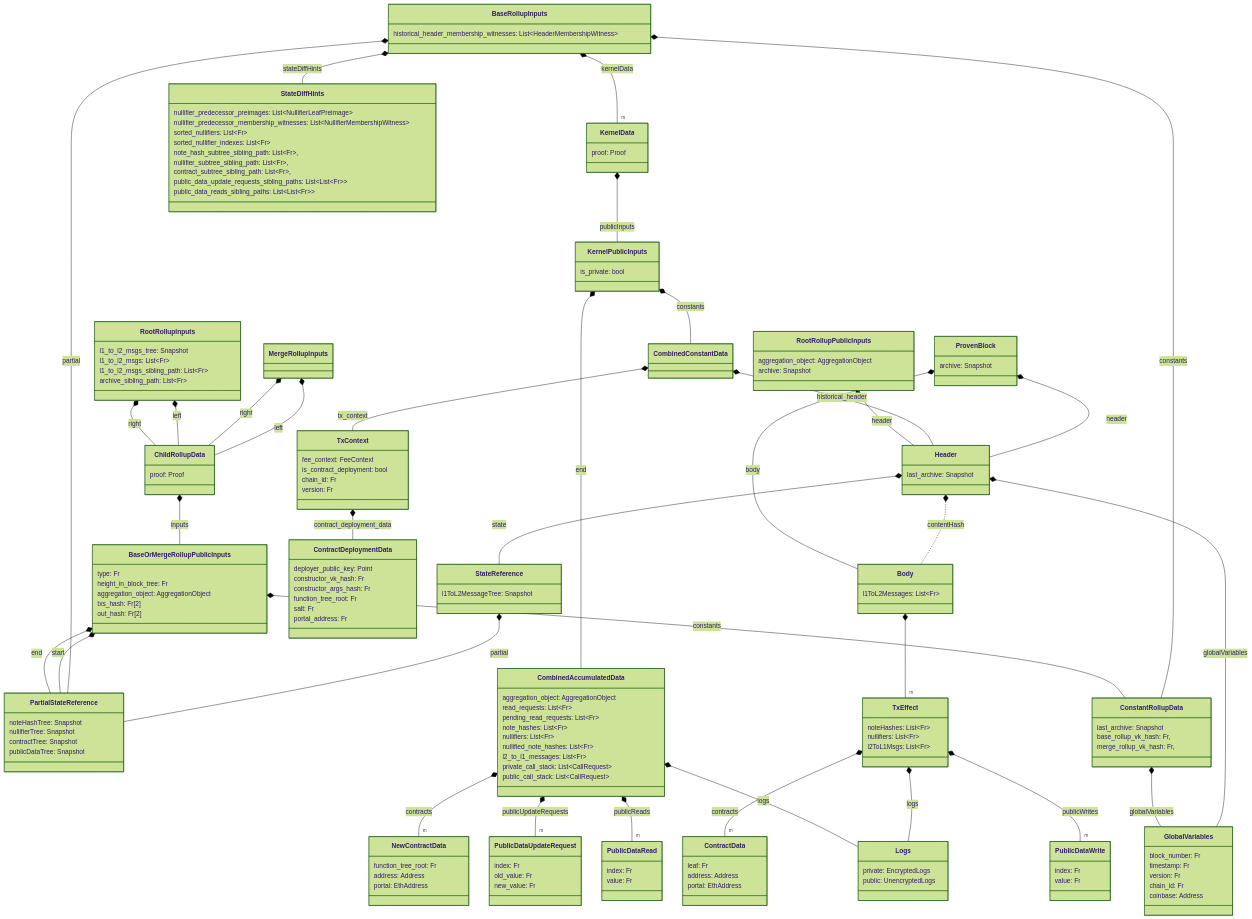
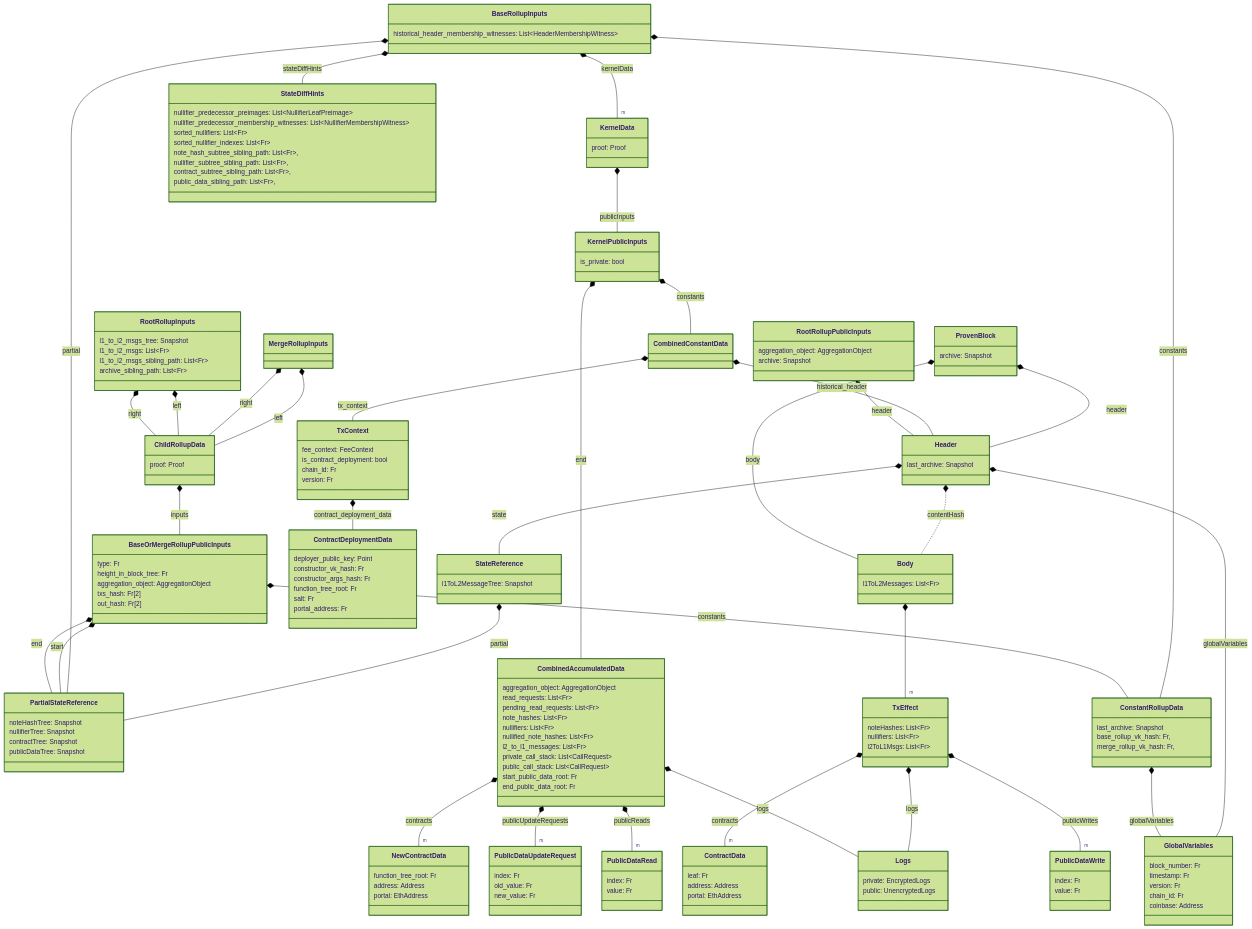
Before and after one commit to AztecProtocol/aztec-packages: the second of 5 diagrams in yellow-paper/docs/rollup-circuits/index.md, drawn with Mermaid (forest theme). The commit also changed 1 other file, not shown here.

Commit message:
chore: update kernel public inputs

```diff
--- a/yellow-paper/docs/rollup-circuits/index.md
+++ b/yellow-paper/docs/rollup-circuits/index.md
@@ -187,17 +187,19 @@
 }
 
 class CombinedAccumulatedData {
-  aggregation_object: AggregationObject
-  read_requests: List~Fr~
-  pending_read_requests: List~Fr~
-  note_hashes: List~Fr~
-  nullifiers: List~Fr~
-  nullified_note_hashes: List~Fr~
-  
-  l2_to_l1_messages: List~Fr~
+    aggregation_object: AggregationObject
+    read_requests: List~Fr~
+    pending_read_requests: List~Fr~
+    note_hashes: List~Fr~
+    nullifiers: List~Fr~
+    nullified_note_hashes: List~Fr~
 
-  private_call_stack: List~CallRequest~
-  public_call_stack: List~CallRequest~
+    l2_to_l1_messages: List~Fr~
+
+    private_call_stack: List~CallRequest~
+    public_call_stack: List~CallRequest~
+    start_public_data_root: Fr
+    end_public_data_root: Fr
 }
 CombinedAccumulatedData *-- "m" NewContractData: contracts
 CombinedAccumulatedData *-- "m" PublicDataUpdateRequest: publicUpdateRequests
@@ -244,8 +246,7 @@
   note_hash_subtree_sibling_path: List~Fr~,
   nullifier_subtree_sibling_path: List~Fr~,
   contract_subtree_sibling_path: List~Fr~,
-  public_data_update_requests_sibling_paths: List~List~Fr~~
-  public_data_reads_sibling_paths: List~List~Fr~~
+  public_data_sibling_path: List~Fr~,
 }
 
 class BaseRollupInputs {
```
